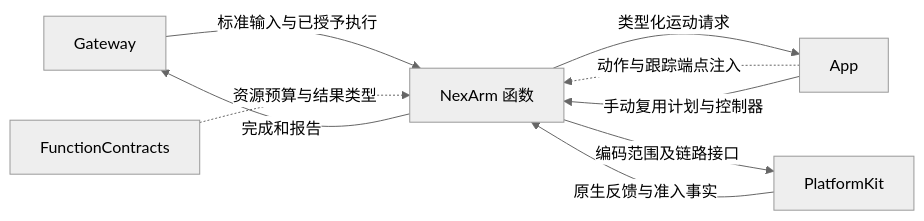
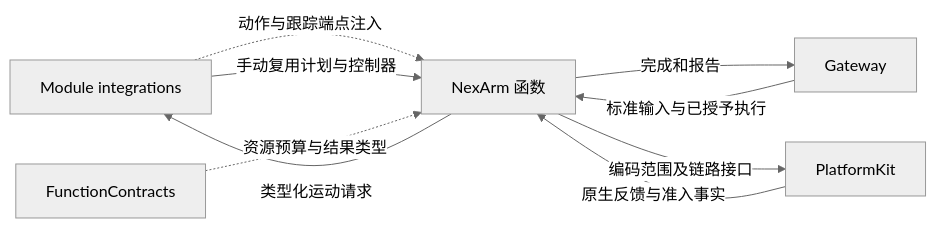
The first of 2 diagrams in MobileHarness/Actions/NexArm/README.md (devilyouwei/MobileHarness), drawn with Mermaid (neutral theme) before and after one commit. The commit also changed other lines of this file and 254 other files, not shown here.

First line of the commit message:
refactor: isolate app composition and module bindings

````diff
--- a/MobileHarness/Actions/NexArm/README.md
+++ b/MobileHarness/Actions/NexArm/README.md
@@ -9,11 +9,12 @@
 ```mermaid
 flowchart LR
+ Bindings[Module integrations]
     Gateway -->|标准输入与已授予执行| N[NexArm 函数]
     N -->|完成和报告| Gateway
-    App -.->|动作与跟踪端点注入| N
-    N -->|类型化运动请求| App
-    App -->|手动复用计划与控制器| N
+    Bindings -.->|动作与跟踪端点注入| N
+    N -->|类型化运动请求| Bindings
+    Bindings -->|手动复用计划与控制器| N
     N -->|编码范围及链路接口| PlatformKit
     PlatformKit -->|原生反馈与准入事实| N
     Contracts[FunctionContracts] -.->|资源预算与结果类型| N
 ```
````
